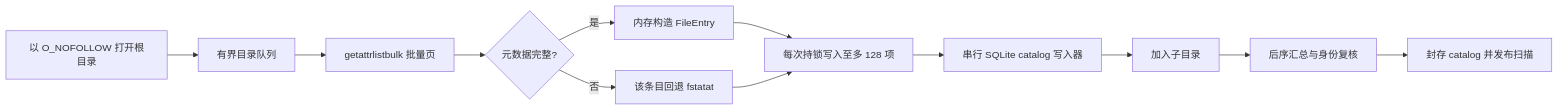
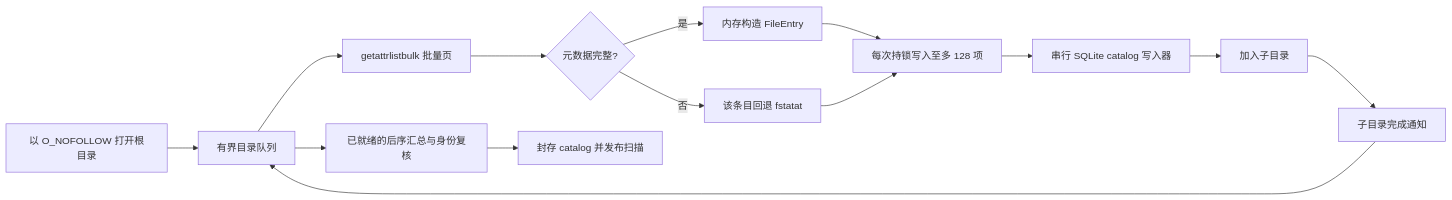
Before and after one commit to limecloud/shou: the first of 2 diagrams in docs/zh-CN/engineering/storage-scan-performance.md, drawn with Mermaid. The commit also changed other lines of this file and 103 other files, not shown here.

````diff
--- a/docs/zh-CN/engineering/storage-scan-performance.md
+++ b/docs/zh-CN/engineering/storage-scan-performance.md
@@ -9,14 +9,16 @@
 ```mermaid
 flowchart LR
     A[以 O_NOFOLLOW 打开根目录] --> B[有界目录队列]
     B --> C[getattrlistbulk 批量页]
     C --> D{元数据完整?}
     D -- 是 --> E[内存构造 FileEntry]
     D -- 否 --> F[该条目回退 fstatat]
     E --> Batch[每次持锁写入至多 128 项]
     F --> Batch
     Batch --> G[串行 SQLite catalog 写入器]
     G --> H[加入子目录]
-    H --> I[后序汇总与身份复核]
+    H --> Ready[子目录完成通知]
+    Ready --> B
+    B --> I[已就绪的后序汇总与身份复核]
     I --> J[封存 catalog 并发布扫描]
 ```
````
